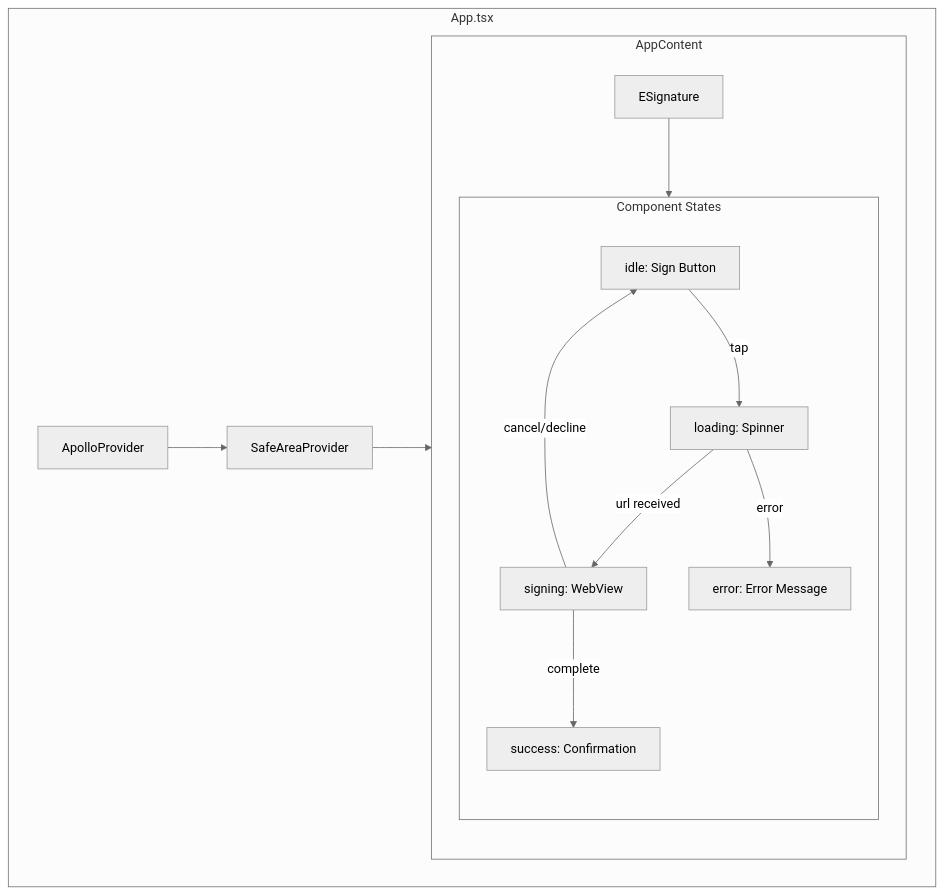
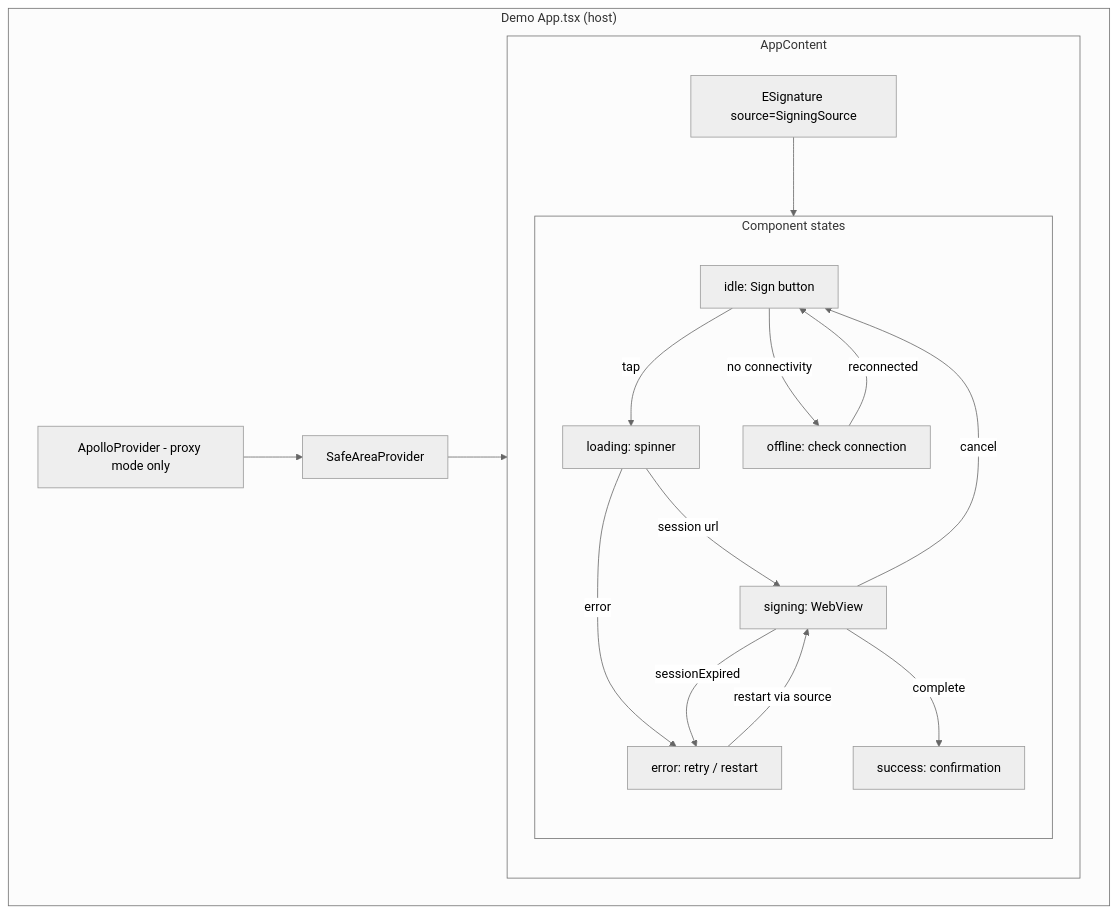
The fifth of 8 diagrams in docs/diagrams/mermaid-diagrams.md (blinkbitcoin/esign), drawn with Mermaid (neutral theme) before and after one commit. The commit also changed other lines of this file and 92 other files, not shown here.

First line of the commit message:
Rename core package to @blinkbitcoin/esign-core; diagrams + skill regenerated

````diff
--- a/docs/diagrams/mermaid-diagrams.md
+++ b/docs/diagrams/mermaid-diagrams.md
@@ -167,29 +173,34 @@
 ```mermaid
 flowchart TB
-    subgraph App["App.tsx"]
-        AP[ApolloProvider]
+    subgraph App["Demo App.tsx (host)"]
+        AP[ApolloProvider - proxy mode only]
         SAP[SafeAreaProvider]
 
         subgraph Content["AppContent"]
-            ES[ESignature]
+            ES[ESignature source=SigningSource]
 
-            subgraph States["Component States"]
-                IDLE[idle: Sign Button]
-                LOAD[loading: Spinner]
+            subgraph States["Component states"]
+                IDLE[idle: Sign button]
+                LOAD[loading: spinner]
                 SIGNING[signing: WebView]
-                SUCCESS[success: Confirmation]
-                ERR[error: Error Message]
+                SUCCESS[success: confirmation]
+                ERR[error: retry / restart]
+                OFF[offline: check connection]
             end
         end
     end
 
     AP --> SAP
     SAP --> Content
     ES --> States
 
     IDLE -->|tap| LOAD
-    LOAD -->|url received| SIGNING
+    IDLE -->|no connectivity| OFF
+    OFF -->|reconnected| IDLE
+    LOAD -->|session url| SIGNING
     LOAD -->|error| ERR
     SIGNING -->|complete| SUCCESS
-    SIGNING -->|cancel/decline| IDLE
+    SIGNING -->|cancel| IDLE
+    SIGNING -->|sessionExpired| ERR
+    ERR -->|restart via source| SIGNING
 ```
````
